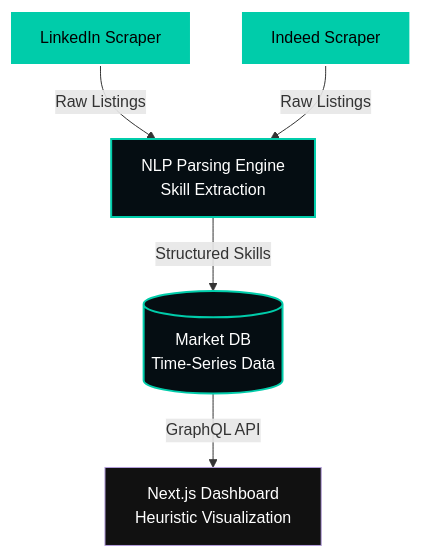
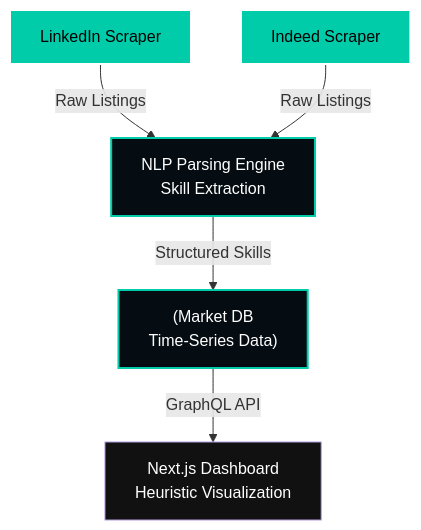
Before and after one commit to Raphasha27/ai-job-market-intelligence: the diagram in README.md, drawn with Mermaid.

Commit message:
docs: Fix mermaid diagram rendering and markdown formatting

````diff
--- a/README.md
+++ b/README.md
@@ -17,22 +17,22 @@
 ```mermaid
 graph TD
     %% Styling
     classDef scraper fill:#00ccaa,stroke:#fff,stroke-width:2px,color:#000
     classDef engine fill:#050d12,stroke:#00ccaa,stroke-width:2px,color:#fff
     classDef viz fill:#111,stroke:#b39ddb,stroke-width:1px,color:#fff
 
     %% Nodes
-    S1[LinkedIn Scraper]:::scraper
-    S2[Indeed Scraper]:::scraper
+    S1["LinkedIn Scraper"]:::scraper
+    S2["Indeed Scraper"]:::scraper
     
-    NLP[NLP Parsing Engine<br>Skill Extraction]:::engine
-    DB[(Market DB<br>Time-Series Data)]:::engine
+    NLP["NLP Parsing Engine<br>Skill Extraction"]:::engine
+    DB["(Market DB<br>Time-Series Data)"]:::engine
     
-    Dash[Next.js Dashboard<br>Heuristic Visualization]:::viz
+    Dash["Next.js Dashboard<br>Heuristic Visualization"]:::viz
 
     %% Relationships
     S1 -->|Raw Listings| NLP
     S2 -->|Raw Listings| NLP
     NLP -->|Structured Skills| DB
     DB -->|GraphQL API| Dash
 ```
````
